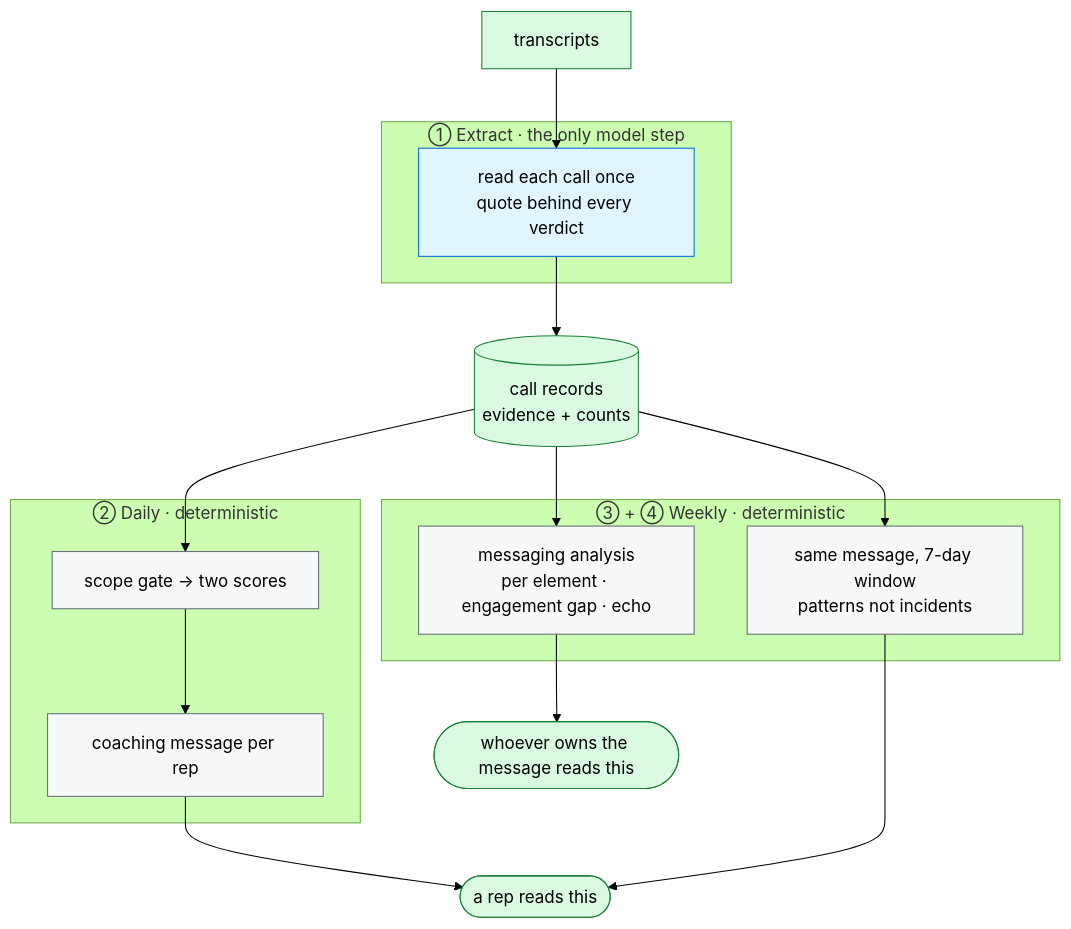
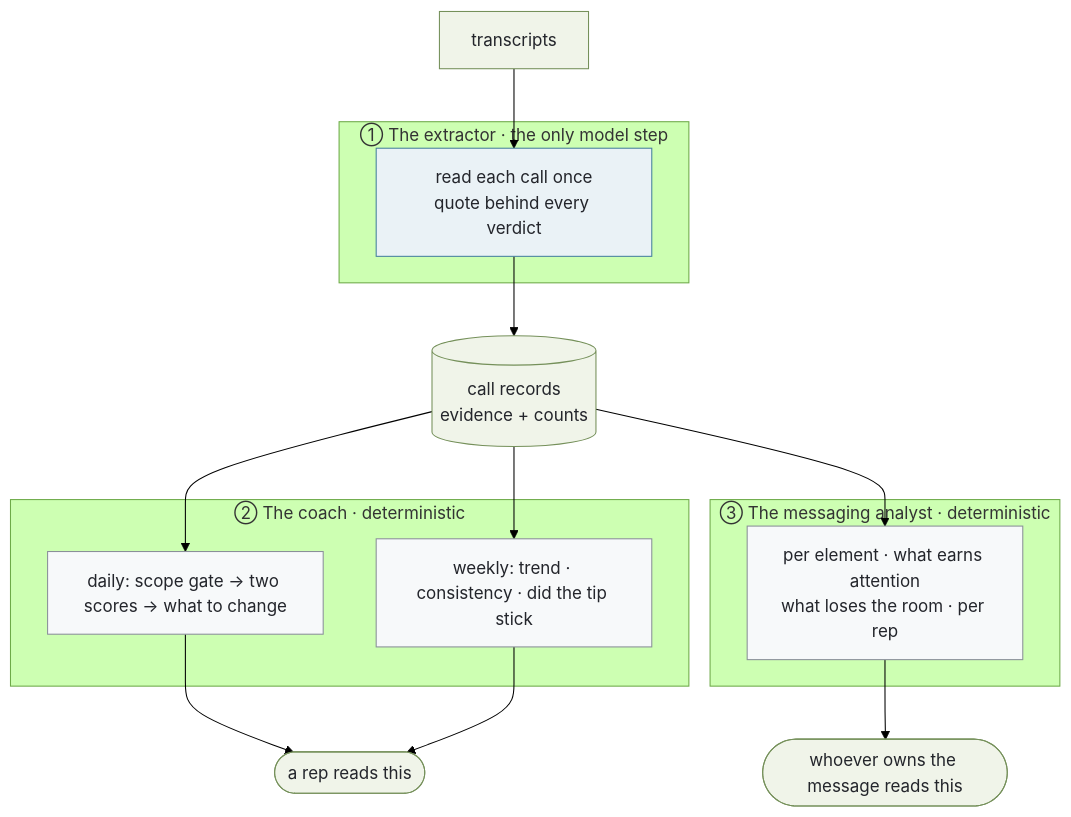
One commit to barbararomeira/evidence-scored-call-review changed the first of 2 diagrams in README.md. Above: the diagram before and after it, drawn with Mermaid (forest theme). The commit also changed other lines of this file and 45 other files, not shown here.

First line of the commit message:
Name the three agents, and finish the messaging analysis

````diff
--- a/README.md
+++ b/README.md
@@ -40,34 +47,34 @@
 ```mermaid
 flowchart TD
     T[transcripts] --> A1
 
-    subgraph ONE["① Extract · the only model step"]
+    subgraph ONE["① The extractor · the only model step"]
       A1[read each call once<br/>quote behind every verdict]
     end
 
     A1 --> R[(call records<br/>evidence + counts)]
 
-    subgraph DAILY["② Daily · deterministic"]
-      D1[scope gate → two scores] --> D2[coaching message per rep]
+    subgraph TWO["② The coach · deterministic"]
+      D1[daily: scope gate → two scores → what to change]
+      W1[weekly: trend · consistency · did the tip stick]
     end
 
-    subgraph WEEKLY["③ + ④ Weekly · deterministic"]
-      W1[same message, 7-day window<br/>patterns not incidents]
-      W2[messaging analysis<br/>per element · engagement gap · echo]
+    subgraph THREE["③ The messaging analyst · deterministic"]
+      W2[per element · what earns attention<br/>what loses the room · per rep]
     end
 
     R --> D1
     R --> W1
     R --> W2
 
-    D2 --> O1([a rep reads this])
+    D1 --> O1([a rep reads this])
     W1 --> O1
     W2 --> O2([whoever owns the message reads this])
 
-    classDef llm fill:#e1f5ff,stroke:#0969da,color:#000
-    classDef python fill:#f6f8fa,stroke:#656d76,color:#000
-    classDef io fill:#dafbe1,stroke:#1a7f37,color:#000
+    classDef llm fill:#EAF2F6,stroke:#47809E,color:#23252B
+    classDef python fill:#F7F9FA,stroke:#8A9099,color:#23252B
+    classDef io fill:#F0F4E9,stroke:#75905A,color:#23252B
     class A1 llm
-    class D1,D2,W1,W2 python
+    class D1,W1,W2 python
     class T,R,O1,O2 io
 ```
````
